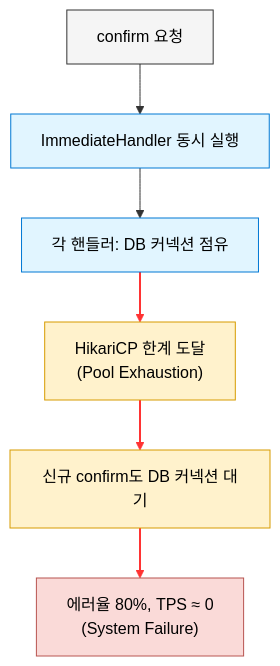
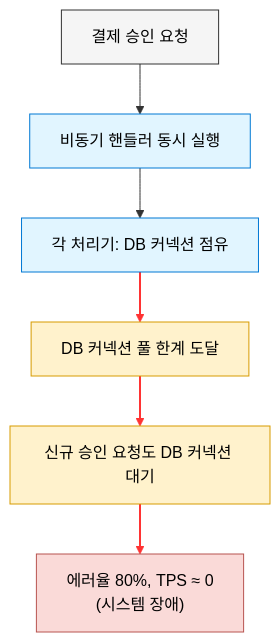
The fourth of 8 diagrams in src/content/docs/blog/async-payment-flow.md (hyoguoo/hyoguoo.github.io), drawn with Mermaid before and after one commit. The commit also changed other lines of this file and 1 other file, not shown here.

````diff
--- a/src/content/docs/blog/async-payment-flow.md
+++ b/src/content/docs/blog/async-payment-flow.md
@@ -222,17 +225,17 @@
 ```mermaid
 graph TD
 %% 클래스 정의 (가독성 및 장애 단계 구분)
     classDef main fill: #E1F5FF, stroke: #0078D4, color: #000
     classDef pending fill: #FFF2CC, stroke: #D79B00, color: #000
     classDef external fill: #F5F5F5, stroke: #333, color: #000
     classDef recovery fill: #FADAD8, stroke: #B85450, color: #000
-    A["confirm 요청"]:::external --> B["ImmediateHandler 동시 실행"]:::main
-    B --> C["각 핸들러: DB 커넥션 점유"]:::main
+    A["결제 승인 요청"]:::external --> B["비동기 핸들러 동시 실행"]:::main
+    B --> C["각 처리기: DB 커넥션 점유"]:::main
 %% 장애 가속 구간
-    C --> D["HikariCP 한계 도달<br/>(Pool Exhaustion)"]:::pending
-    D --> E["신규 confirm도 DB 커넥션 대기"]:::pending
+    C --> D["DB 커넥션 풀 한계 도달"]:::pending
+    D --> E["신규 승인 요청도 DB 커넥션 대기"]:::pending
 %% 최종 장애 상태
-    E --> F["에러율 80%, TPS ≈ 0<br/>(System Failure)"]:::recovery
+    E --> F["에러율 80%, TPS ≈ 0<br/>(시스템 장애)"]:::recovery
 %% 위험 흐름 강조
     linkStyle 2,3,4 stroke: #FF3333, stroke-width: 2px
 ```
````
